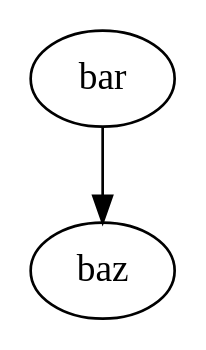
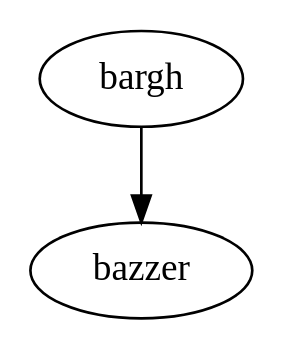
The diagram in src/architecture/overview/architecture.dot (opengamedata/opengamedata-doc), drawn with Graphviz before and after one commit. The commit also changed 1 other file, not shown here.

Commit message:
New experiment in getting graphviz graphs.

```diff
--- a/src/architecture/overview/architecture.dot
+++ b/src/architecture/overview/architecture.dot
@@ -1,3 +1,3 @@
-digraph foo {
-      "bar" -> "baz";
+digraph buzz {
+      "bargh" -> "bazzer";
    }
```
